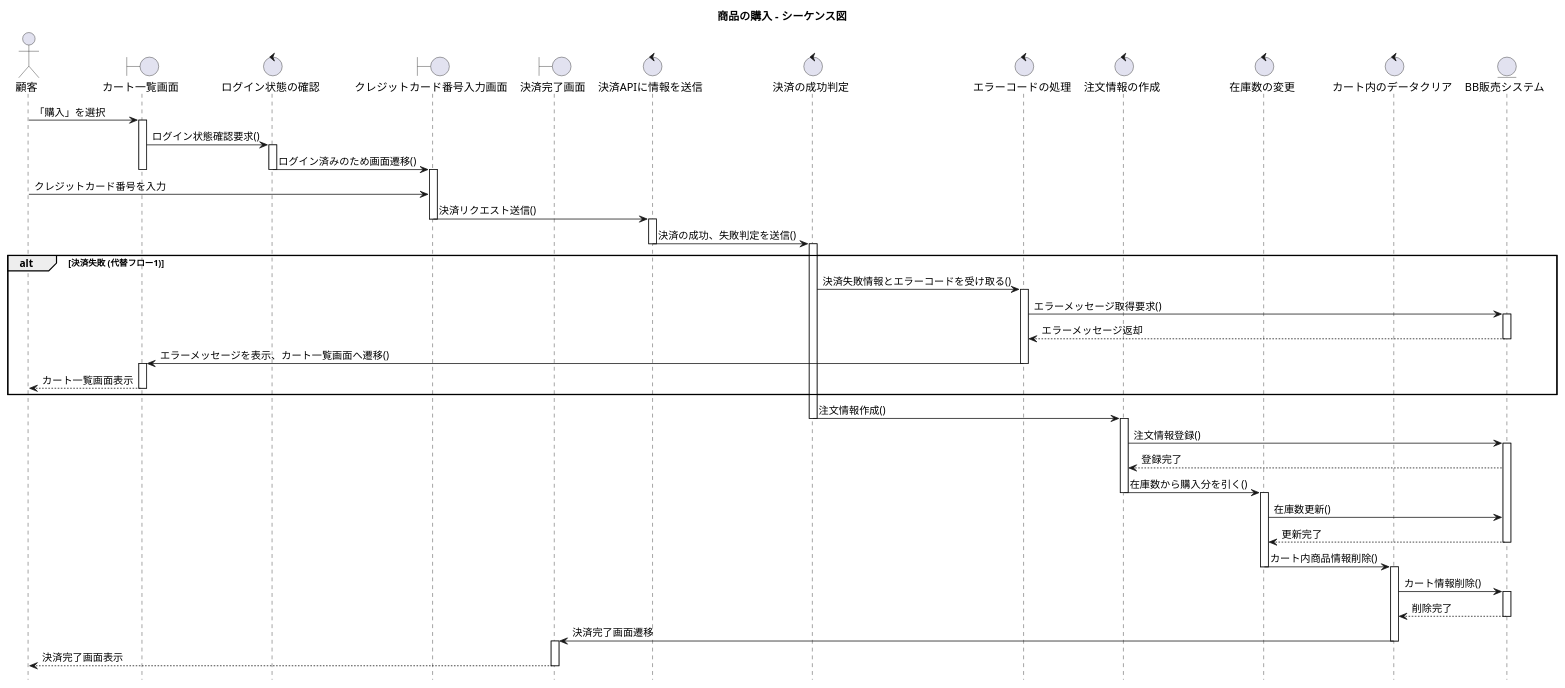
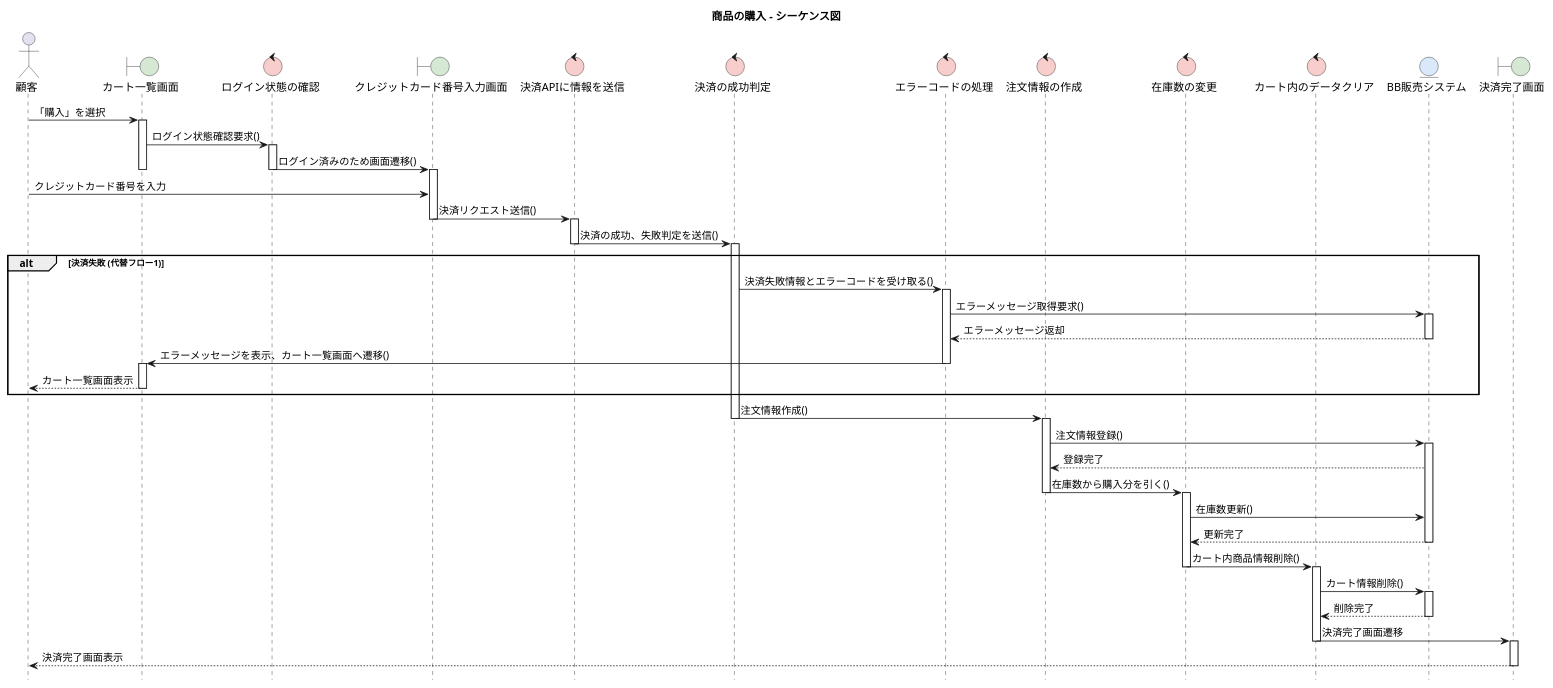
One commit to FujikawaHirono0520/group3_1_dogdog changed the diagram in BB/sequence_purchase.pu. Above: the diagram before and after it, drawn with PlantUML.

Commit message:
購入　シーケンス

```diff
--- a/BB/sequence_purchase.pu
+++ b/BB/sequence_purchase.pu
@@ -1,82 +1,84 @@
 @startuml
 title 商品の購入 - シーケンス図
+skinparam boundaryBackgroundColor #D5E8D4
+skinparam controlBackgroundColor  #F8CECC
+skinparam entityBackgroundColor   #DAE8FC
 
 hide footbox
 
 actor 顧客
 boundary "カート一覧画面" as CartView
 control "ログイン状態の確認" as LoginCheck 
 boundary "クレジットカード番号入力画面" as CardInputView
-boundary "決済完了画面" as CompleteView
 control "決済APIに情報を送信" as PaymentSend
 control "決済の成功判定" as PaymentResult
 control "エラーコードの処理" as ErrorProcess
 control "注文情報の作成" as CreateOrder
 control "在庫数の変更" as ChangeStock
 control "カート内のデータクリア" as ClearCart
 entity "BB販売システム" as BBSystem
-
+boundary "決済完了画面" as CompleteView
 顧客 -> CartView : 「購入」を選択
 activate CartView
 
 CartView -> LoginCheck : ログイン状態確認要求()
 activate LoginCheck
 LoginCheck -> CardInputView : ログイン済みのため画面遷移()
 deactivate LoginCheck
 deactivate CartView
 activate CardInputView
 
 顧客 -> CardInputView : クレジットカード番号を入力
 CardInputView -> PaymentSend : 決済リクエスト送信()
 deactivate CardInputView
 activate PaymentSend
 
 PaymentSend -> PaymentResult : 決済の成功、失敗判定を送信()
 deactivate PaymentSend
 activate PaymentResult
 alt 決済失敗 (代替フロー1)
     PaymentResult -> ErrorProcess : 決済失敗情報とエラーコードを受け取る()
     
     activate ErrorProcess
     ErrorProcess -> BBSystem : エラーメッセージ取得要求()
     activate BBSystem
     BBSystem --> ErrorProcess : エラーメッセージ返却
     deactivate BBSystem
 
     ErrorProcess -> CartView : エラーメッセージを表示、カート一覧画面へ遷移()
     deactivate ErrorProcess
     activate CartView
     
     CartView --> 顧客 : カート一覧画面表示
     deactivate CartView
 end
     PaymentResult -> CreateOrder : 注文情報作成()
     deactivate PaymentResult
     activate CreateOrder
     CreateOrder -> BBSystem : 注文情報登録()
     activate BBSystem
     BBSystem --> CreateOrder : 登録完了
 
     CreateOrder -> ChangeStock : 在庫数から購入分を引く()
     deactivate CreateOrder
     activate ChangeStock
     ChangeStock -> BBSystem : 在庫数更新()
     BBSystem --> ChangeStock : 更新完了
     deactivate BBSystem
     
     ChangeStock -> ClearCart : カート内商品情報削除()
     deactivate ChangeStock
     activate ClearCart
     ClearCart -> BBSystem : カート情報削除()
     activate BBSystem
     BBSystem --> ClearCart : 削除完了
     deactivate BBSystem
 
     ClearCart -> CompleteView : 決済完了画面遷移
     deactivate ClearCart
     activate CompleteView
     
     CompleteView --> 顧客 : 決済完了画面表示
     deactivate CompleteView
 
 @enduml
```
